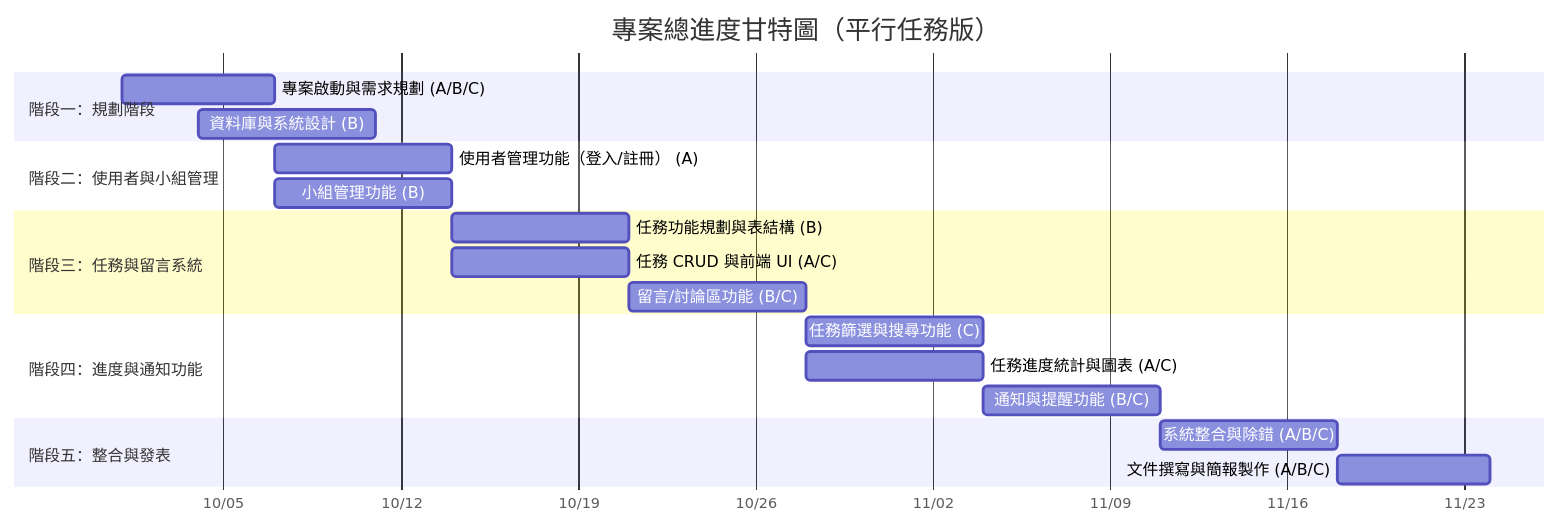
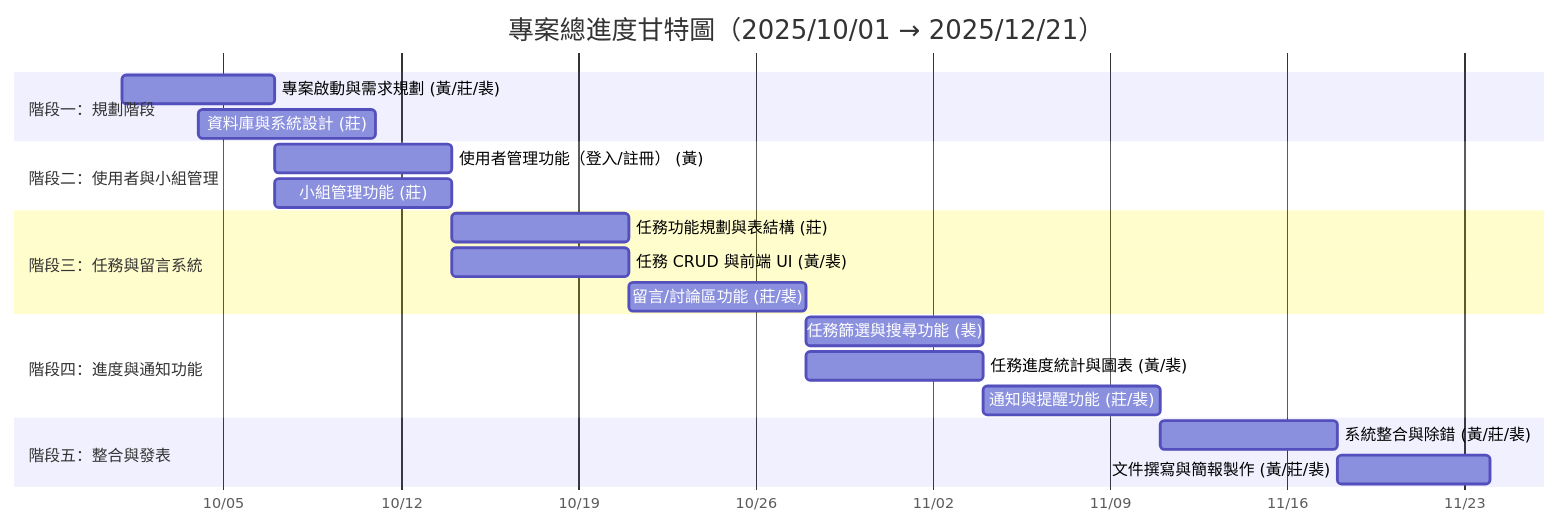
The diagram in 草稿.md (zhuang147/Task-Management), drawn with Mermaid before and after one commit.

````diff
--- a/草稿.md
+++ b/草稿.md
@@ -27,28 +27,29 @@
 ```mermaid
 gantt
-    title 專案總進度甘特圖（平行任務版）
+    title 專案總進度甘特圖（2025/10/01 → 2025/12/21）
     dateFormat  YYYY-MM-DD
     axisFormat  %m/%d
 
     section 階段一：規劃階段
-    專案啟動與需求規劃 (A/B/C)  :a1, 2025-10-01, 6d
-    資料庫與系統設計 (B)        :a2, 2025-10-04, 7d
+    專案啟動與需求規劃 (黃/莊/裴) :a1, 2025-10-01, 6d
+    資料庫與系統設計 (莊)          :a2, 2025-10-04, 7d
 
     section 階段二：使用者與小組管理
-    使用者管理功能（登入/註冊） (A) :b1, 2025-10-07, 7d
-    小組管理功能 (B)                :b2, 2025-10-07, 7d
+    使用者管理功能（登入/註冊） (黃) :b1, 2025-10-07, 7d
+    小組管理功能 (莊)                  :b2, 2025-10-07, 7d
 
     section 階段三：任務與留言系統
-    任務功能規劃與表結構 (B)        :c1, 2025-10-14, 7d
-    任務 CRUD 與前端 UI (A/C)       :c2, 2025-10-14, 7d
-    留言/討論區功能 (B/C)           :c3, 2025-10-21, 7d
+    任務功能規劃與表結構 (莊)         :c1, 2025-10-14, 7d
+    任務 CRUD 與前端 UI (黃/裴)       :c2, 2025-10-14, 7d
+    留言/討論區功能 (莊/裴)           :c3, 2025-10-21, 7d
 
     section 階段四：進度與通知功能
-    任務篩選與搜尋功能 (C)         :d1, 2025-10-28, 7d
-    任務進度統計與圖表 (A/C)       :d2, 2025-10-28, 7d
-    通知與提醒功能 (B/C)           :d3, 2025-11-04, 7d
+    任務篩選與搜尋功能 (裴)           :d1, 2025-10-28, 7d
+    任務進度統計與圖表 (黃/裴)       :d2, 2025-10-28, 7d
+    通知與提醒功能 (莊/裴)           :d3, 2025-11-04, 7d
 
     section 階段五：整合與發表
-    系統整合與除錯 (A/B/C)         :e1, 2025-11-11, 7d
-    文件撰寫與簡報製作 (A/B/C)     :e2, 2025-11-18, 6d
+    系統整合與除錯 (黃/莊/裴)         :e1, 2025-11-11, 7d
+    文件撰寫與簡報製作 (黃/莊/裴)     :e2, 2025-11-18, 6d
+
 ```
````
